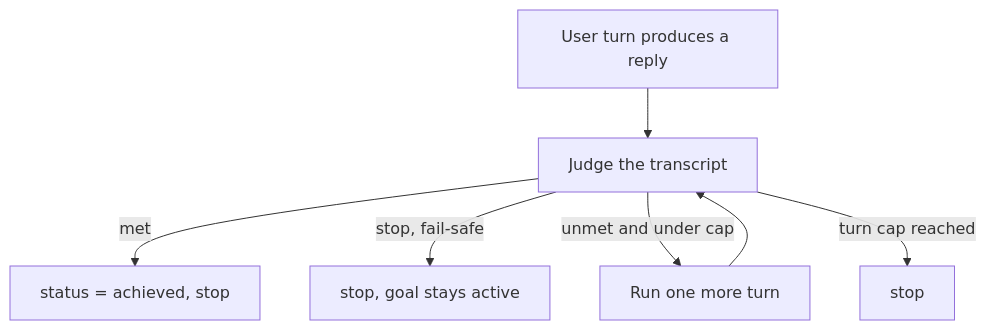
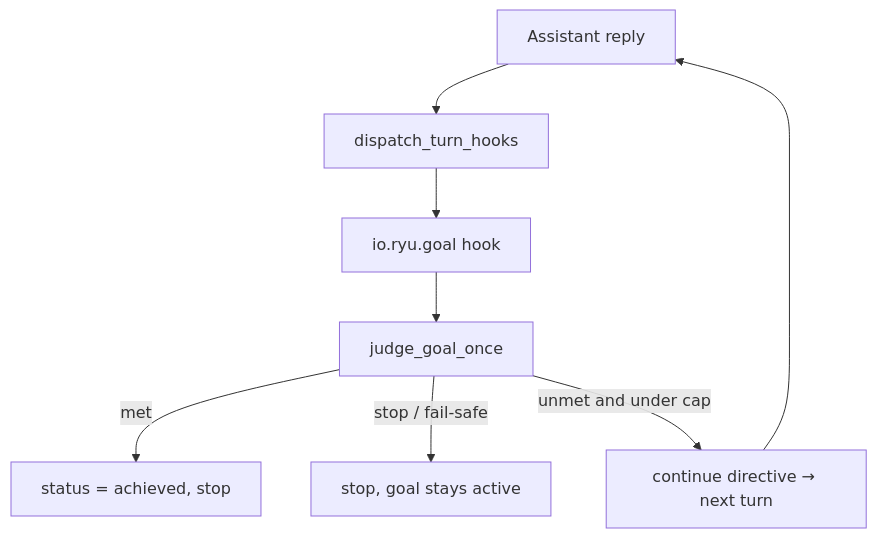
The diagram in apps/fumadocs/content/docs/core/goals.mdx (amajorai/ryu), drawn with Mermaid before and after one commit. The commit also changed other lines of this file and 239 other files, not shown here.

````diff
--- a/apps/fumadocs/content/docs/core/goals.mdx
+++ b/apps/fumadocs/content/docs/core/goals.mdx
@@ -96,9 +49,10 @@
 ```mermaid
 flowchart TD
-  A[User turn produces a reply] --> B[Judge the transcript]
-  B -->|met| D[status = achieved, stop]
-  B -->|stop, fail-safe| E[stop, goal stays active]
-  B -->|unmet and under cap| C[Run one more turn]
-  C --> B
-  B -->|turn cap reached| F[stop]
+  A[Assistant reply] --> B[dispatch_turn_hooks]
+  B --> C[io.ryu.goal hook]
+  C --> D[judge_goal_once]
+  D -->|met| E[status = achieved, stop]
+  D -->|stop / fail-safe| F[stop, goal stays active]
+  D -->|unmet and under cap| G[continue directive → next turn]
+  G --> A
 ```
````
